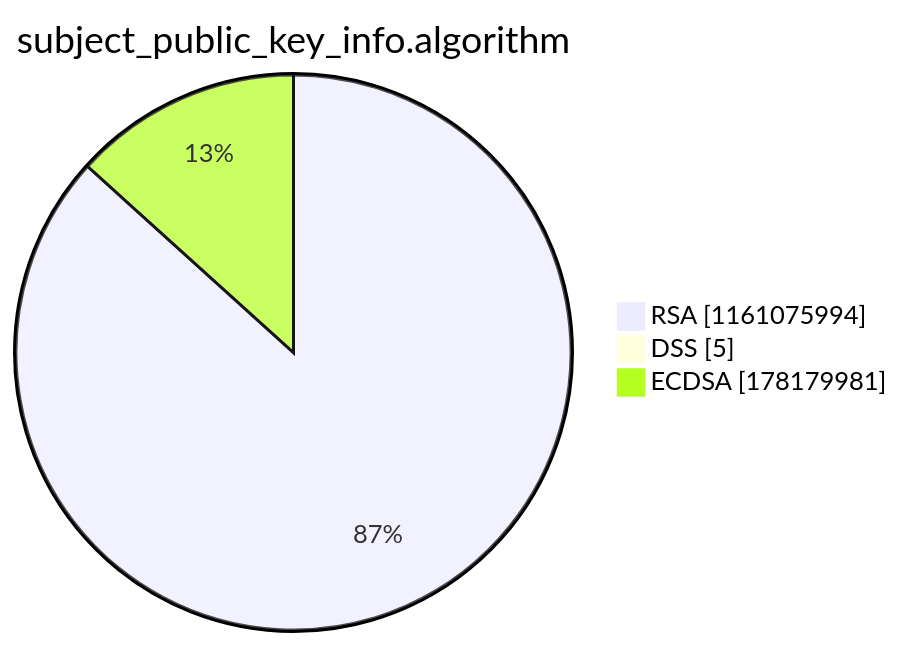
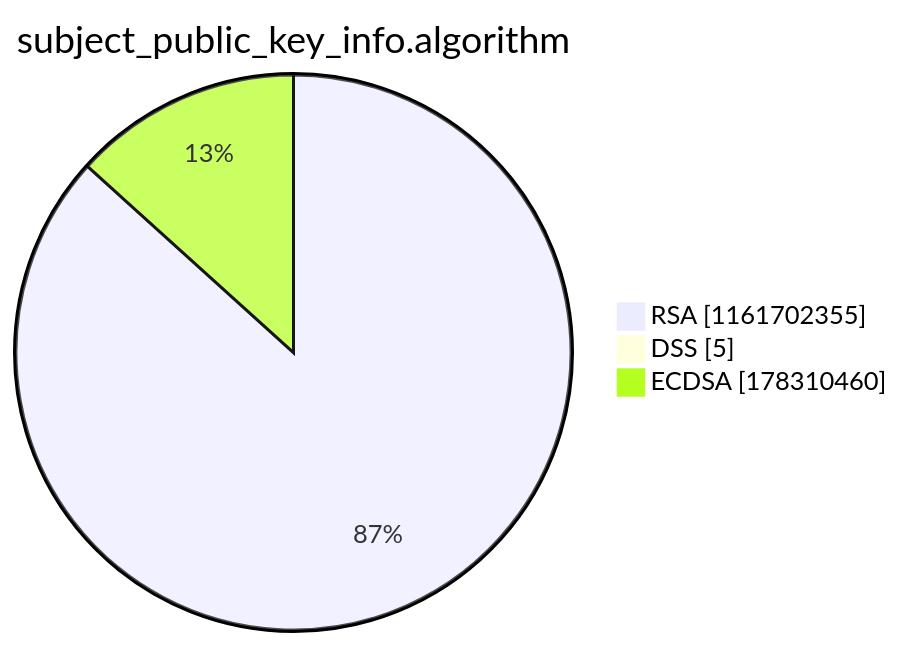
Before and after one commit to christiankrug/ctmonitor_visualization: the third of 15 diagrams in argon2022/README.md, drawn with Mermaid. The commit also changed other lines of this file, not shown here.

````diff
--- a/argon2022/README.md
+++ b/argon2022/README.md
@@ -14,7 +14,7 @@
 ```mermaid
 pie showData
 title subject_public_key_info.algorithm
-"RSA" :1161075994
+"RSA" :1161702355
 "DSS" :5
-"ECDSA" :178179981
+"ECDSA" :178310460
 ```
````
